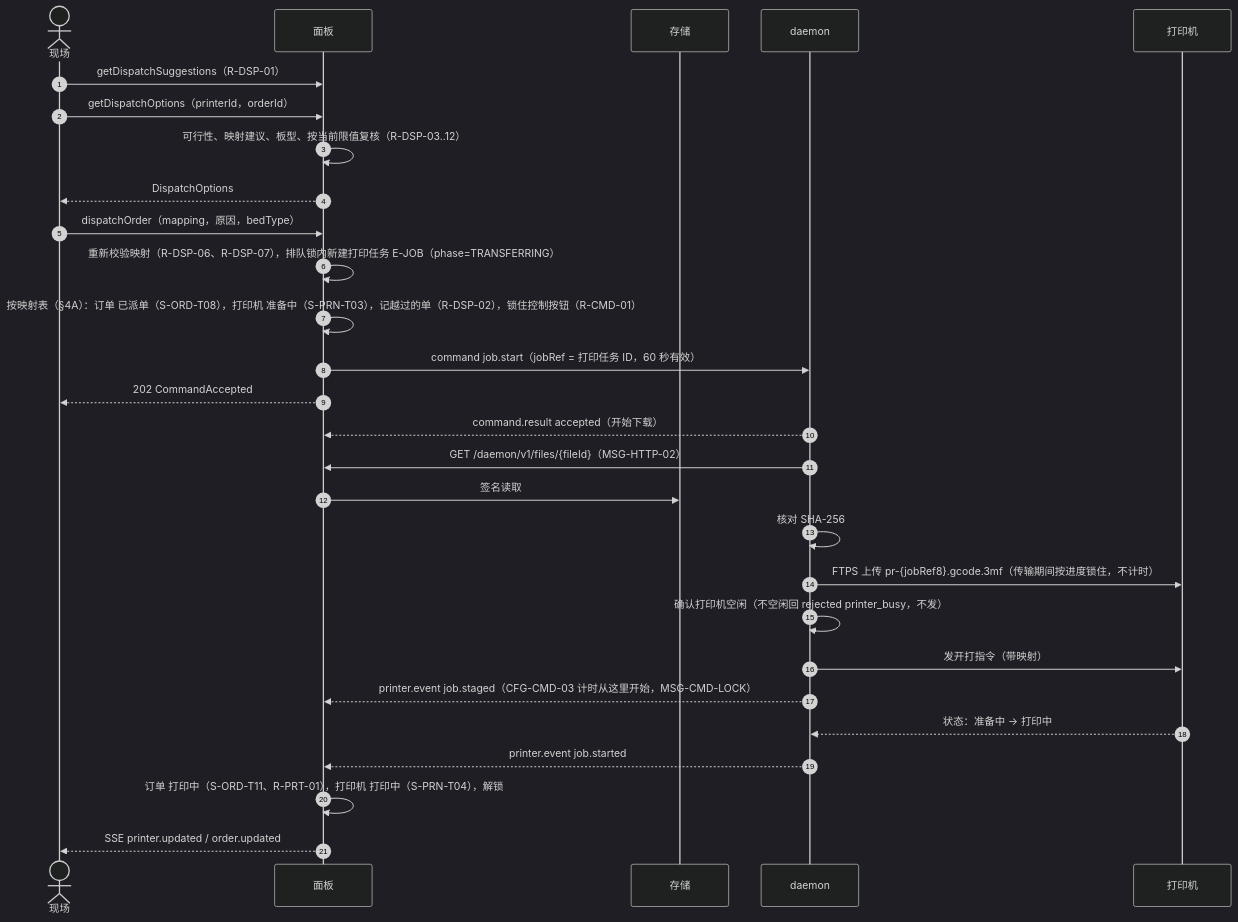
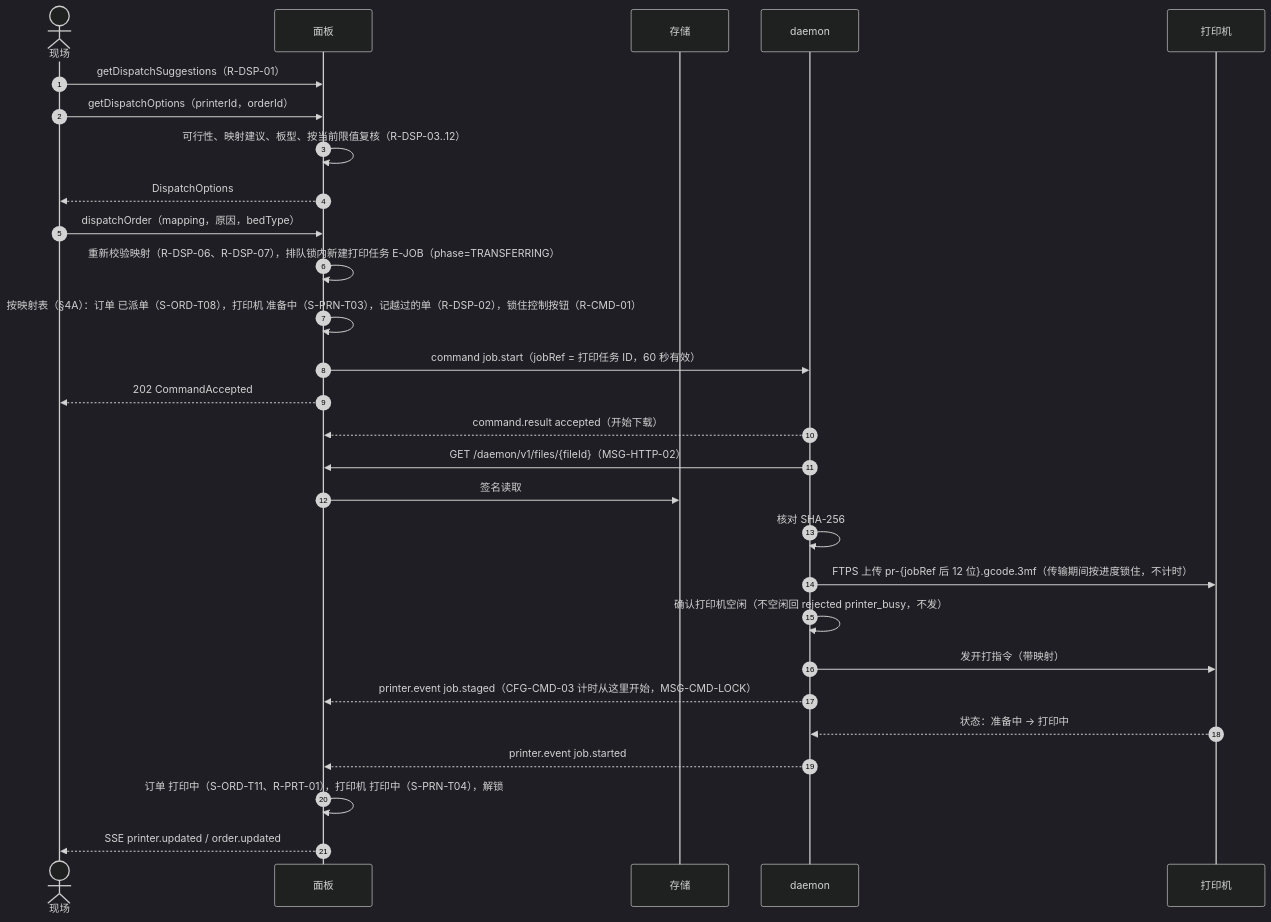
One commit to PlateRelay/PlateRelay changed the third of 11 diagrams in docs/design/03-sequences.md. Above: the diagram before and after it, drawn with Mermaid (dark theme).

Commit message:
docs(design): align job filename suffix in sequences
Claude-Session: https://claude.ai/code/session_012TmsB2UUV3GMJ8Hk98n5y7

````diff
--- a/docs/design/03-sequences.md
+++ b/docs/design/03-sequences.md
@@ -114,30 +114,30 @@
 ```mermaid
 sequenceDiagram
   autonumber
   actor S as 现场
   participant P as 面板
   participant O as 存储
   participant D as daemon
   participant R as 打印机
   S->>P: getDispatchSuggestions（R-DSP-01）
   S->>P: getDispatchOptions（printerId，orderId）
   P->>P: 可行性、映射建议、板型、按当前限值复核（R-DSP-03..12）
   P-->>S: DispatchOptions
   S->>P: dispatchOrder（mapping，原因，bedType）
   P->>P: 重新校验映射（R-DSP-06、R-DSP-07），排队锁内新建打印任务 E-JOB（phase=TRANSFERRING）
   P->>P: 按映射表（§4A）：订单 已派单（S-ORD-T08），打印机 准备中（S-PRN-T03），记越过的单（R-DSP-02），锁住控制按钮（R-CMD-01）
   P->>D: command job.start（jobRef = 打印任务 ID，60 秒有效）
   P-->>S: 202 CommandAccepted
   D-->>P: command.result accepted（开始下载）
   D->>P: GET /daemon/v1/files/{fileId}（MSG-HTTP-02）
   P->>O: 签名读取
   D->>D: 核对 SHA-256
-  D->>R: FTPS 上传 pr-{jobRef8}.gcode.3mf（传输期间按进度锁住，不计时）
+  D->>R: FTPS 上传 pr-{jobRef 后 12 位}.gcode.3mf（传输期间按进度锁住，不计时）
   D->>D: 确认打印机空闲（不空闲回 rejected printer_busy，不发）
   D->>R: 发开打指令（带映射）
   D-->>P: printer.event job.staged（CFG-CMD-03 计时从这里开始，MSG-CMD-LOCK）
   R-->>D: 状态：准备中 → 打印中
   D-->>P: printer.event job.started
   P->>P: 订单 打印中（S-ORD-T11、R-PRT-01），打印机 打印中（S-PRN-T04），解锁
   P-->>S: SSE printer.updated / order.updated
 ```
````
